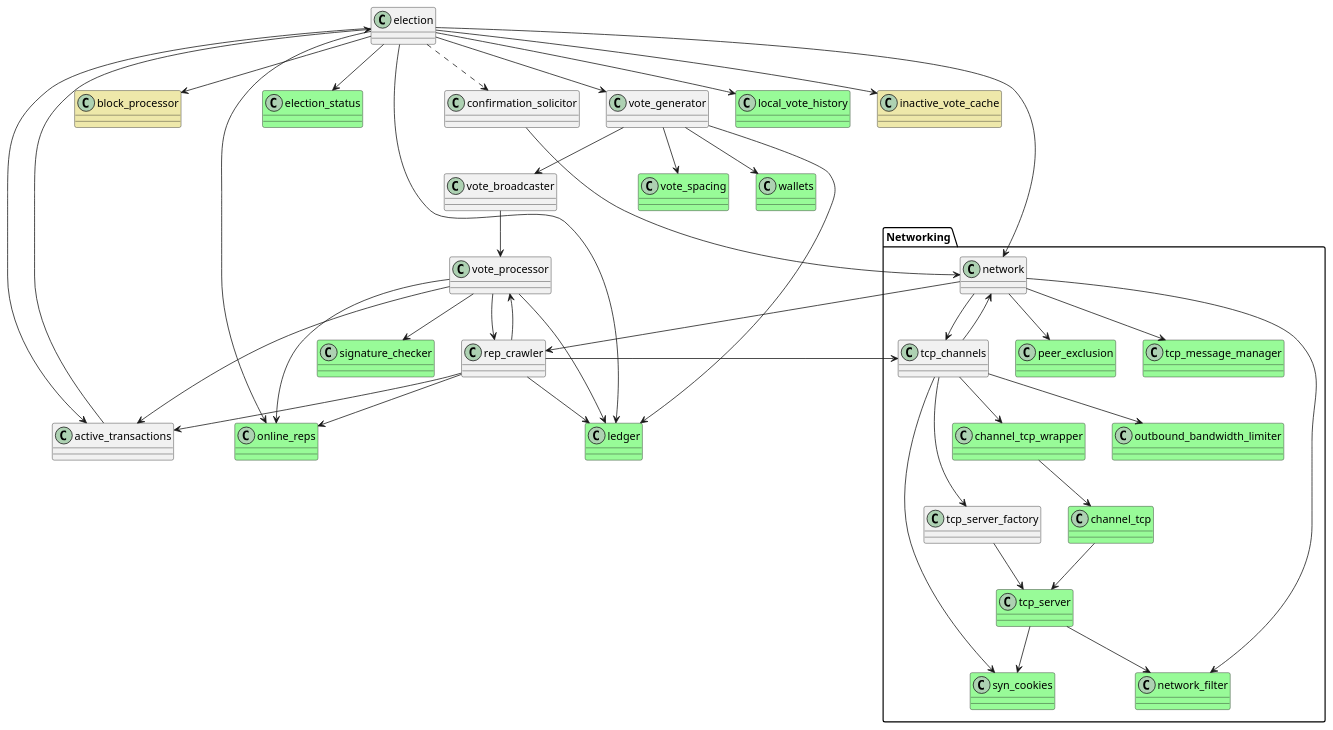
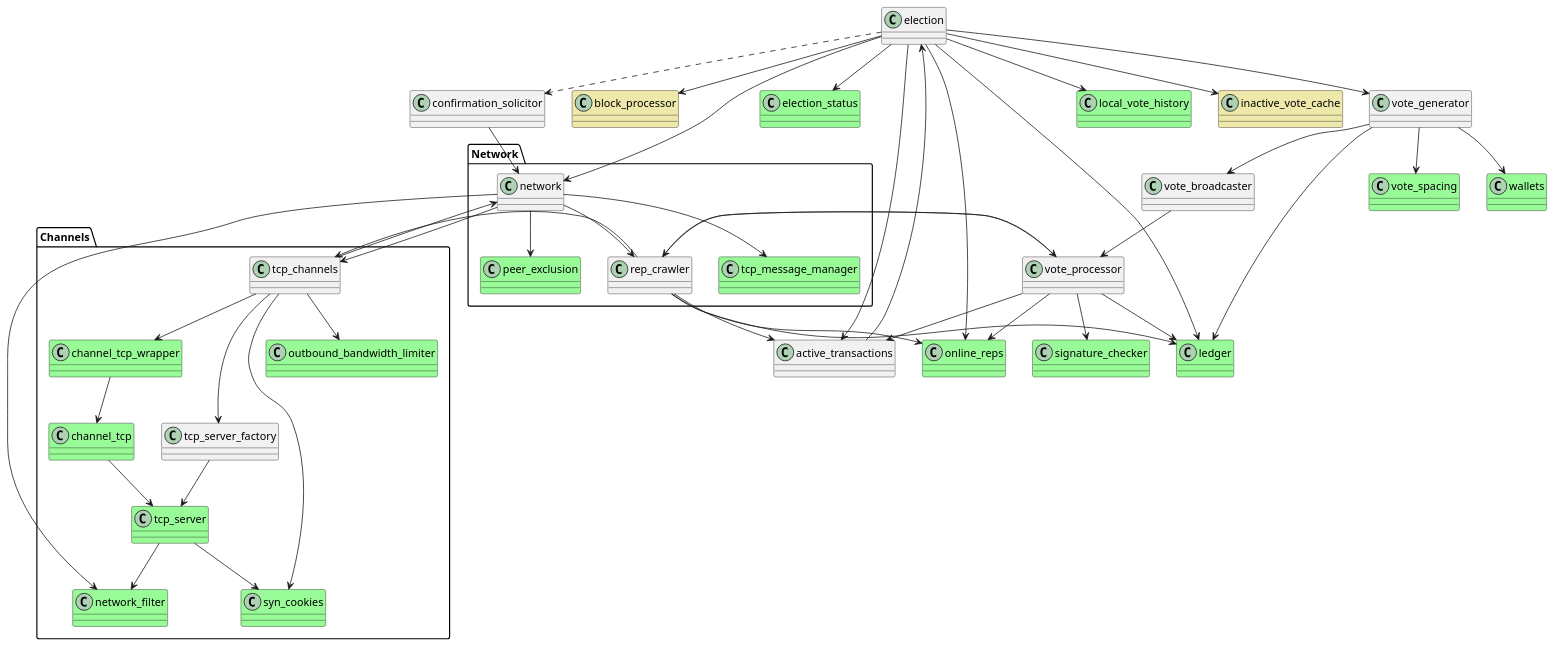
The diagram in rust/doc/port_blockprocessor.puml (stjet/rsban-node), drawn with PlantUML before and after one commit.

Commit message:
Adjust port_blockprocessor diagramm

```diff
--- a/rust/doc/port_blockprocessor.puml
+++ b/rust/doc/port_blockprocessor.puml
@@ -1,84 +1,87 @@
 @startuml "Port Blockprocessor"
 class block_processor #PaleGoldenRod
 class active_transactions
 class election
 class confirmation_solicitor
 class election_status #PaleGreen
 class online_reps #PaleGreen
 class ledger #PaleGreen
 class vote_generator
 class vote_broadcaster
 class vote_processor
 class vote_spacing #PaleGreen
 class wallets #PaleGreen
 class local_vote_history #PaleGreen
 class inactive_vote_cache #PaleGoldenRod
 class signature_checker #PaleGreen
+
+package "Network"{
+class network
 class rep_crawler
+class tcp_message_manager #PaleGreen
+class peer_exclusion #PaleGreen
+}
 
-package "Networking"{
-class network
+package "Channels"{
 class channel_tcp_wrapper #PaleGreen
 class channel_tcp #PaleGreen
 class outbound_bandwidth_limiter #PaleGreen
 class syn_cookies #PaleGreen
 class tcp_server #PaleGreen
 class tcp_channels
 class tcp_server_factory
-class peer_exclusion #PaleGreen
-class tcp_message_manager #PaleGreen
 class network_filter #PaleGreen
 }
 
 active_transactions --> election
 confirmation_solicitor --> network
 
 election --> active_transactions
 election --> election_status
 election --> online_reps
 election --> ledger
 election --> block_processor
 election --> vote_generator
 election --> network
 election --> local_vote_history
 election --> inactive_vote_cache
 election ..> confirmation_solicitor
 
 vote_generator --> vote_broadcaster
 vote_broadcaster --> vote_processor
 vote_generator --> vote_spacing
 vote_generator --> ledger
 vote_generator --> wallets
 
 vote_processor --> signature_checker
 vote_processor --> active_transactions
 vote_processor --> online_reps
 vote_processor --> rep_crawler 
 vote_processor --> ledger
 
 rep_crawler --> tcp_channels
 rep_crawler --> online_reps
 rep_crawler --> ledger
 rep_crawler --> active_transactions
 rep_crawler --> vote_processor
 
 network --> peer_exclusion
 network --> tcp_message_manager
 network --> network_filter
 network --> tcp_channels
 network --> rep_crawler
 
 tcp_channels --> tcp_server_factory
 tcp_channels --> outbound_bandwidth_limiter
 tcp_channels --> syn_cookies
 tcp_channels --> network
 tcp_channels --> channel_tcp_wrapper
 
 tcp_server_factory --> tcp_server
 tcp_server --> syn_cookies
 tcp_server --> network_filter
 
 channel_tcp_wrapper --> channel_tcp
 channel_tcp --> tcp_server
 
 @enduml
```
